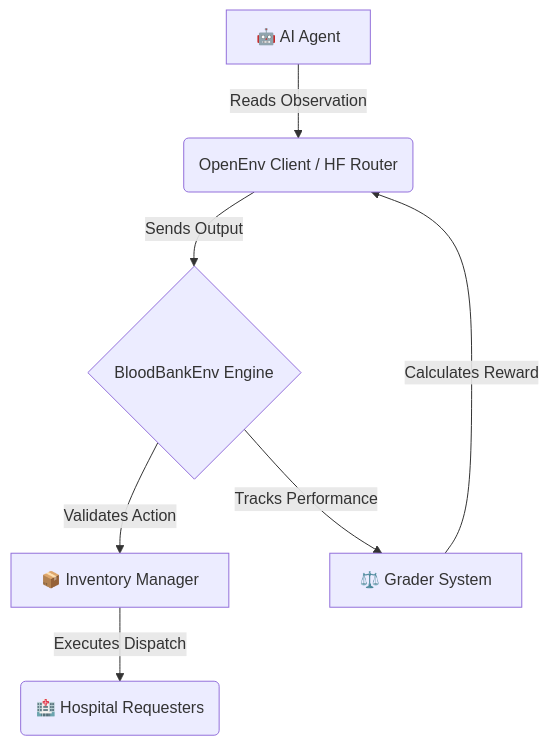
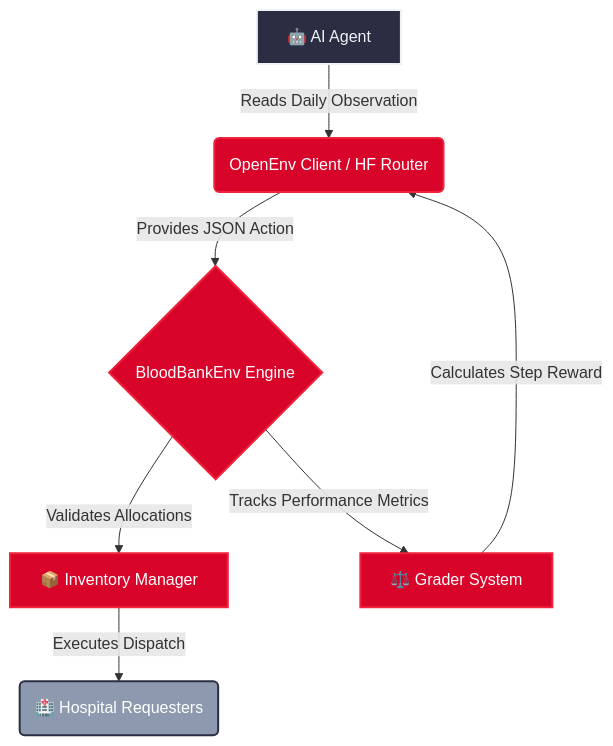
One commit to iamshresthraj/BloodBankEnv changed the diagram in README.md. Above: the diagram before and after it, drawn with Mermaid. The commit also changed other lines of this file, not shown here.

````diff
--- a/README.md
+++ b/README.md
@@ -32,9 +45,13 @@
 ```mermaid
 graph TD
-    A[🤖 AI Agent] -->|Reads Observation| B(OpenEnv Client / HF Router)
-    B -->|Sends Output| C{BloodBankEnv Engine}
-    C -->|Validates Action| D[📦 Inventory Manager]
-    D -->|Executes Dispatch| E(🏥 Hospital Requesters)
-    C -->|Tracks Performance| F[⚖️ Grader System]
-    F -->|Calculates Reward| B
+    classDef agent fill:#2b2d42,stroke:#edf2f4,stroke-width:2px,color:#edf2f4
+    classDef sys fill:#d90429,stroke:#ef233c,stroke-width:2px,color:#fff
+    classDef external fill:#8d99ae,stroke:#2b2d42,stroke-width:2px,color:#fff
+
+    A[🤖 AI Agent]:::agent -->|Reads Daily Observation| B(OpenEnv Client / HF Router):::sys
+    B -->|Provides JSON Action| C{BloodBankEnv Engine}:::sys
+    C -->|Validates Allocations| D[📦 Inventory Manager]:::sys
+    D -->|Executes Dispatch| E(🏥 Hospital Requesters):::external
+    C -->|Tracks Performance Metrics| F[⚖️ Grader System]:::sys
+    F -->|Calculates Step Reward| B
 ```
````
